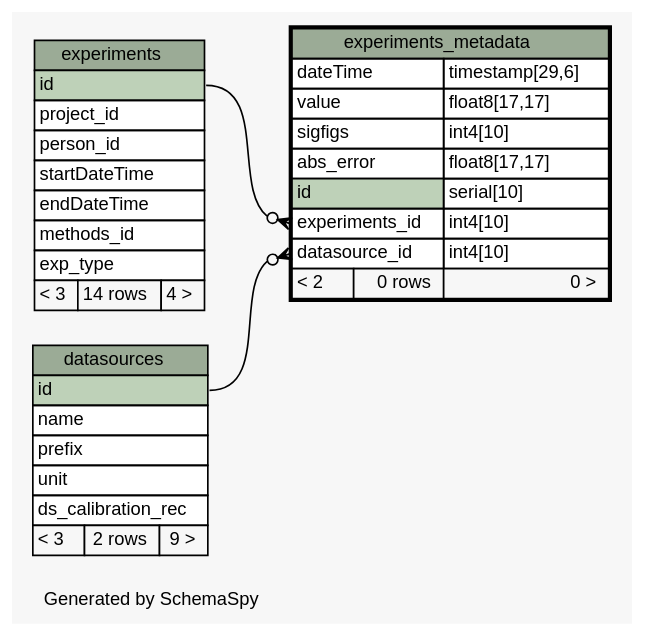
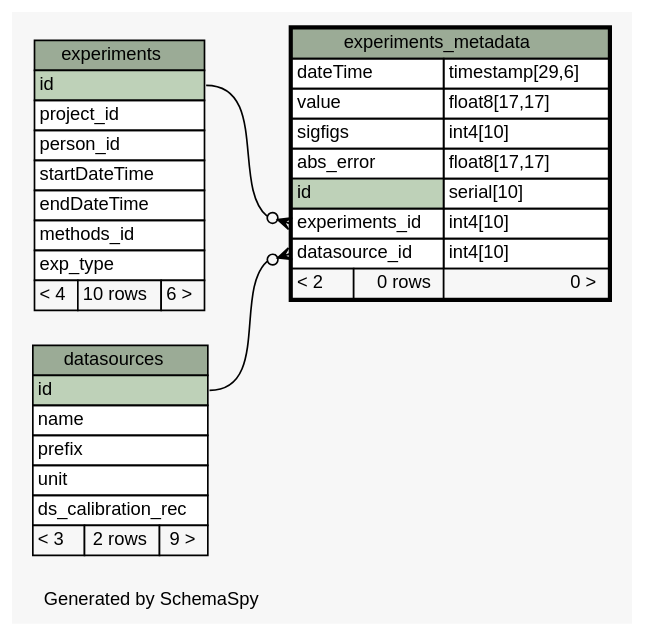
Before and after one commit to tgbugs/mlab: the diagram in database/ss/diagrams/experiments_metadata.1degree.dot, drawn with Graphviz. The commit also changed 215 other files, not shown here.

```diff
--- a/database/ss/diagrams/experiments_metadata.1degree.dot
+++ b/database/ss/diagrams/experiments_metadata.1degree.dot
@@ -1,70 +1,70 @@
 // dot 2.32.0 on Windows 7 6.1
 // SchemaSpy rev 590
 digraph "oneDegreeRelationshipsDiagram" {
   graph [
     rankdir="RL"
     bgcolor="#f7f7f7"
     label="\nGenerated by SchemaSpy"
     labeljust="l"
     nodesep="0.18"
     ranksep="0.46"
     fontname="Helvetica"
     fontsize="11"
   ];
   node [
     fontname="Helvetica"
     fontsize="11"
     shape="plaintext"
   ];
   edge [
     arrowsize="0.8"
   ];
   "experiments_metadata":"datasource_id":w -> "datasources":"id":e [arrowhead=none dir=back arrowtail=crowodot];
   "experiments_metadata":"experiments_id":w -> "experiments":"id":e [arrowhead=none dir=back arrowtail=crowodot];
   "datasources" [
     label=<
     <TABLE BORDER="0" CELLBORDER="1" CELLSPACING="0" BGCOLOR="#ffffff">
       <TR><TD COLSPAN="3" BGCOLOR="#9bab96" ALIGN="CENTER">datasources</TD></TR>
       <TR><TD PORT="id" COLSPAN="3" BGCOLOR="#bed1b8" ALIGN="LEFT">id</TD></TR>
       <TR><TD PORT="name" COLSPAN="3" ALIGN="LEFT">name</TD></TR>
       <TR><TD PORT="prefix" COLSPAN="3" ALIGN="LEFT">prefix</TD></TR>
       <TR><TD PORT="unit" COLSPAN="3" ALIGN="LEFT">unit</TD></TR>
       <TR><TD PORT="ds_calibration_rec" COLSPAN="3" ALIGN="LEFT">ds_calibration_rec</TD></TR>
       <TR><TD ALIGN="LEFT" BGCOLOR="#f7f7f7">&lt; 3</TD><TD ALIGN="RIGHT" BGCOLOR="#f7f7f7">2 rows</TD><TD ALIGN="RIGHT" BGCOLOR="#f7f7f7">9 &gt;</TD></TR>
     </TABLE>>
     URL="datasources.html"
     tooltip="datasources"
   ];
   "experiments" [
     label=<
     <TABLE BORDER="0" CELLBORDER="1" CELLSPACING="0" BGCOLOR="#ffffff">
       <TR><TD COLSPAN="3" BGCOLOR="#9bab96" ALIGN="CENTER">experiments</TD></TR>
       <TR><TD PORT="id" COLSPAN="3" BGCOLOR="#bed1b8" ALIGN="LEFT">id</TD></TR>
       <TR><TD PORT="project_id" COLSPAN="3" ALIGN="LEFT">project_id</TD></TR>
       <TR><TD PORT="person_id" COLSPAN="3" ALIGN="LEFT">person_id</TD></TR>
       <TR><TD PORT="startDateTime" COLSPAN="3" ALIGN="LEFT">startDateTime</TD></TR>
       <TR><TD PORT="endDateTime" COLSPAN="3" ALIGN="LEFT">endDateTime</TD></TR>
       <TR><TD PORT="methods_id" COLSPAN="3" ALIGN="LEFT">methods_id</TD></TR>
       <TR><TD PORT="exp_type" COLSPAN="3" ALIGN="LEFT">exp_type</TD></TR>
-      <TR><TD ALIGN="LEFT" BGCOLOR="#f7f7f7">&lt; 3</TD><TD ALIGN="RIGHT" BGCOLOR="#f7f7f7">14 rows</TD><TD ALIGN="RIGHT" BGCOLOR="#f7f7f7">4 &gt;</TD></TR>
+      <TR><TD ALIGN="LEFT" BGCOLOR="#f7f7f7">&lt; 4</TD><TD ALIGN="RIGHT" BGCOLOR="#f7f7f7">10 rows</TD><TD ALIGN="RIGHT" BGCOLOR="#f7f7f7">6 &gt;</TD></TR>
     </TABLE>>
     URL="experiments.html"
     tooltip="experiments"
   ];
   "experiments_metadata" [
     label=<
     <TABLE BORDER="2" CELLBORDER="1" CELLSPACING="0" BGCOLOR="#ffffff">
       <TR><TD COLSPAN="3" BGCOLOR="#9bab96" ALIGN="CENTER">experiments_metadata</TD></TR>
       <TR><TD PORT="dateTime" COLSPAN="2" ALIGN="LEFT">dateTime</TD><TD PORT="dateTime.type" ALIGN="LEFT">timestamp[29,6]</TD></TR>
       <TR><TD PORT="value" COLSPAN="2" ALIGN="LEFT">value</TD><TD PORT="value.type" ALIGN="LEFT">float8[17,17]</TD></TR>
       <TR><TD PORT="sigfigs" COLSPAN="2" ALIGN="LEFT">sigfigs</TD><TD PORT="sigfigs.type" ALIGN="LEFT">int4[10]</TD></TR>
       <TR><TD PORT="abs_error" COLSPAN="2" ALIGN="LEFT">abs_error</TD><TD PORT="abs_error.type" ALIGN="LEFT">float8[17,17]</TD></TR>
       <TR><TD PORT="id" COLSPAN="2" BGCOLOR="#bed1b8" ALIGN="LEFT">id</TD><TD PORT="id.type" ALIGN="LEFT">serial[10]</TD></TR>
       <TR><TD PORT="experiments_id" COLSPAN="2" ALIGN="LEFT">experiments_id</TD><TD PORT="experiments_id.type" ALIGN="LEFT">int4[10]</TD></TR>
       <TR><TD PORT="datasource_id" COLSPAN="2" ALIGN="LEFT">datasource_id</TD><TD PORT="datasource_id.type" ALIGN="LEFT">int4[10]</TD></TR>
       <TR><TD ALIGN="LEFT" BGCOLOR="#f7f7f7">&lt; 2</TD><TD ALIGN="RIGHT" BGCOLOR="#f7f7f7">0 rows</TD><TD ALIGN="RIGHT" BGCOLOR="#f7f7f7">0 &gt;</TD></TR>
     </TABLE>>
     URL="experiments_metadata.html"
     tooltip="experiments_metadata"
   ];
 }
```
